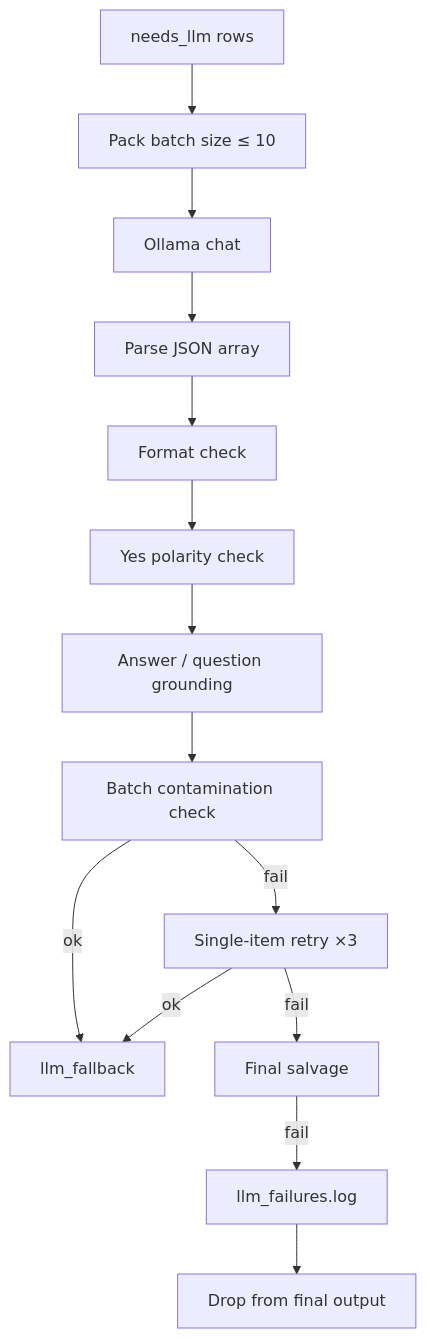
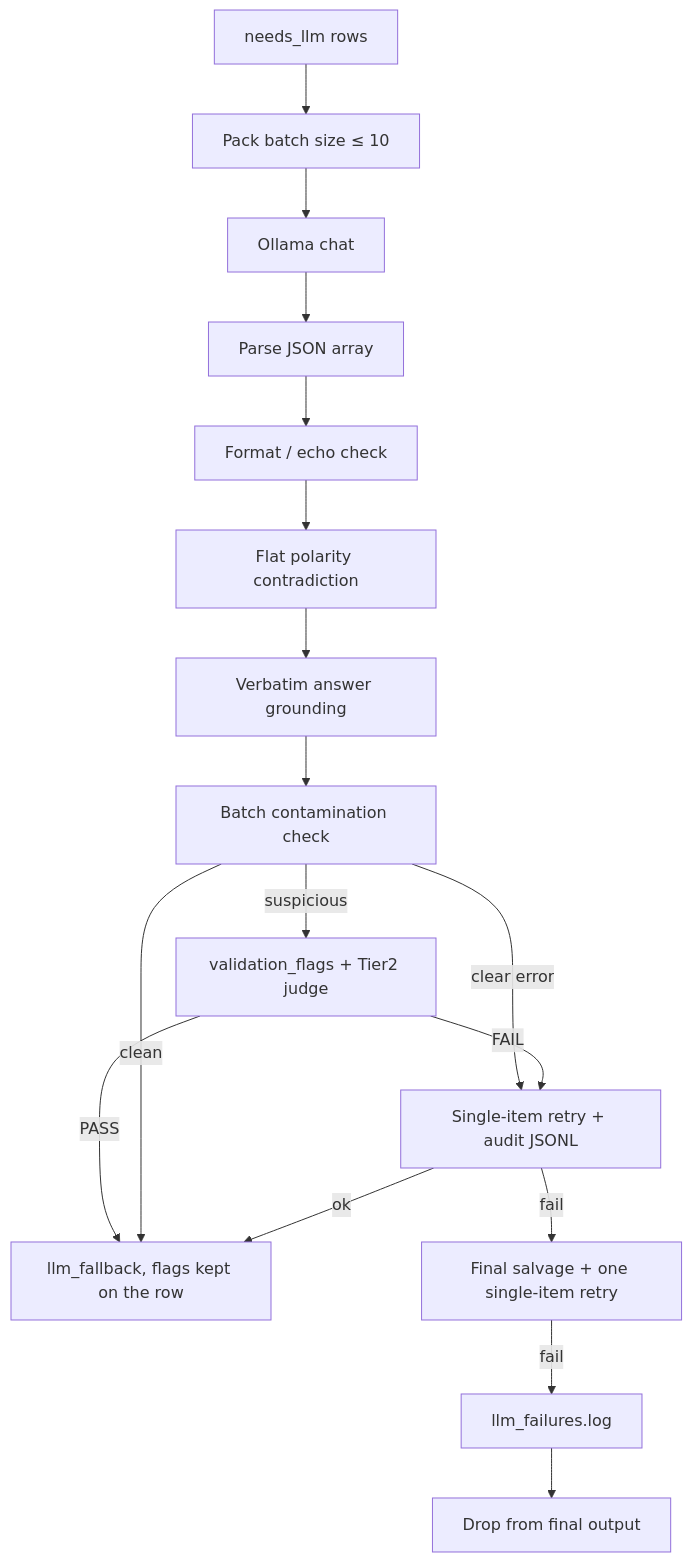
Before and after one commit to MahdiRuzmeh/ImageCaptioningImprovedVisualQuestionAnswering: the fifth of 6 diagrams in QuestionDependentCaptionGenerator/architecture/architecture.en.md, drawn with Mermaid. The commit also changed other lines of this file and 7 other files, not shown here.

Commit message:
feat: Refine question classification and caption generation by implementing a conservative whitelist for visual questions, enhancing validation checks, and adding detailed logging for rule validation outcomes. Update documentation to reflect changes in classification logic and processing flow.

````diff
--- a/QuestionDependentCaptionGenerator/architecture/architecture.en.md
+++ b/QuestionDependentCaptionGenerator/architecture/architecture.en.md
@@ -188,16 +201,19 @@
 ```mermaid
 flowchart TD
   needs[needs_llm rows] --> pack[Pack batch size ≤ 10]
   pack --> ollama[Ollama chat]
   ollama --> parse[Parse JSON array]
-  parse --> fmt[Format check]
-  fmt --> pol[Yes polarity check]
-  pol --> ground[Answer / question grounding]
+  parse --> fmt[Format / echo check]
+  fmt --> pol[Flat polarity contradiction]
+  pol --> ground[Verbatim answer grounding]
   ground --> contam[Batch contamination check]
-  contam -->|ok| accept[llm_fallback]
-  contam -->|fail| single[Single-item retry ×3]
+  contam -->|clear error| single[Single-item retry + audit JSONL]
+  contam -->|suspicious| flags[validation_flags + Tier2 judge]
+  flags -->|PASS| accept[llm_fallback, flags kept on the row]
+  flags -->|FAIL| single
+  contam -->|clean| accept
   single -->|ok| accept
-  single -->|fail| salvage[Final salvage]
+  single -->|fail| salvage[Final salvage + one single-item retry]
   salvage -->|fail| log[llm_failures.log]
   log --> dropLater[Drop from final output]
 ```
````
